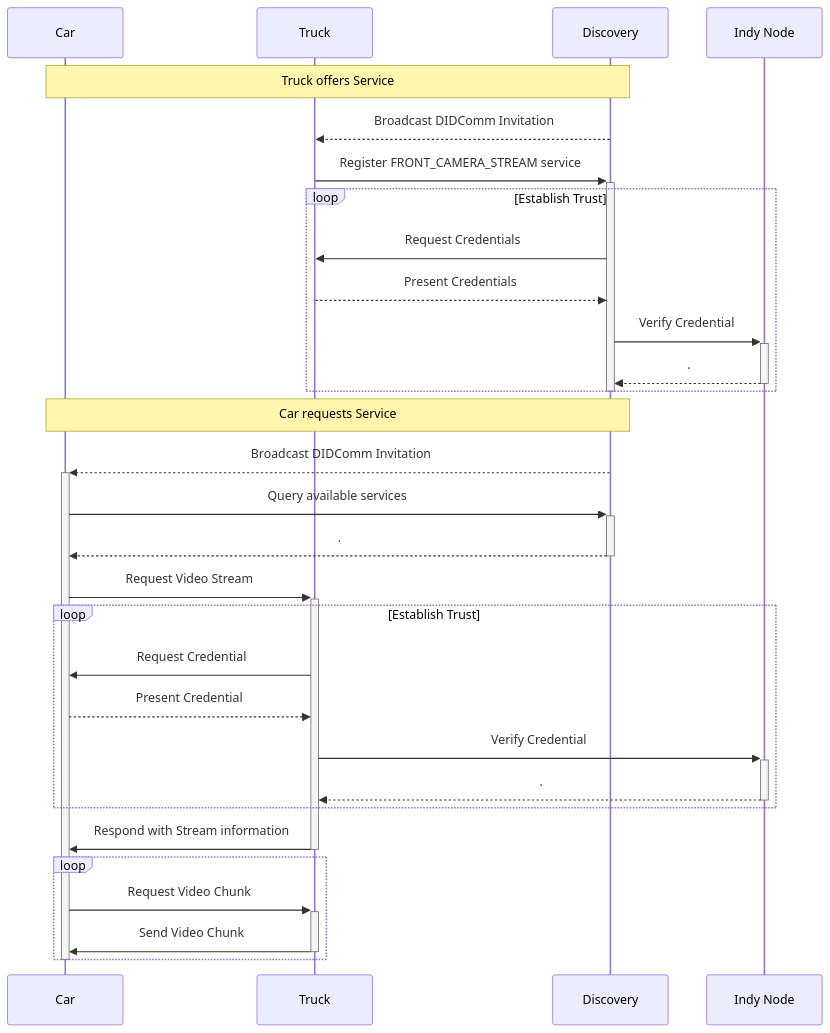
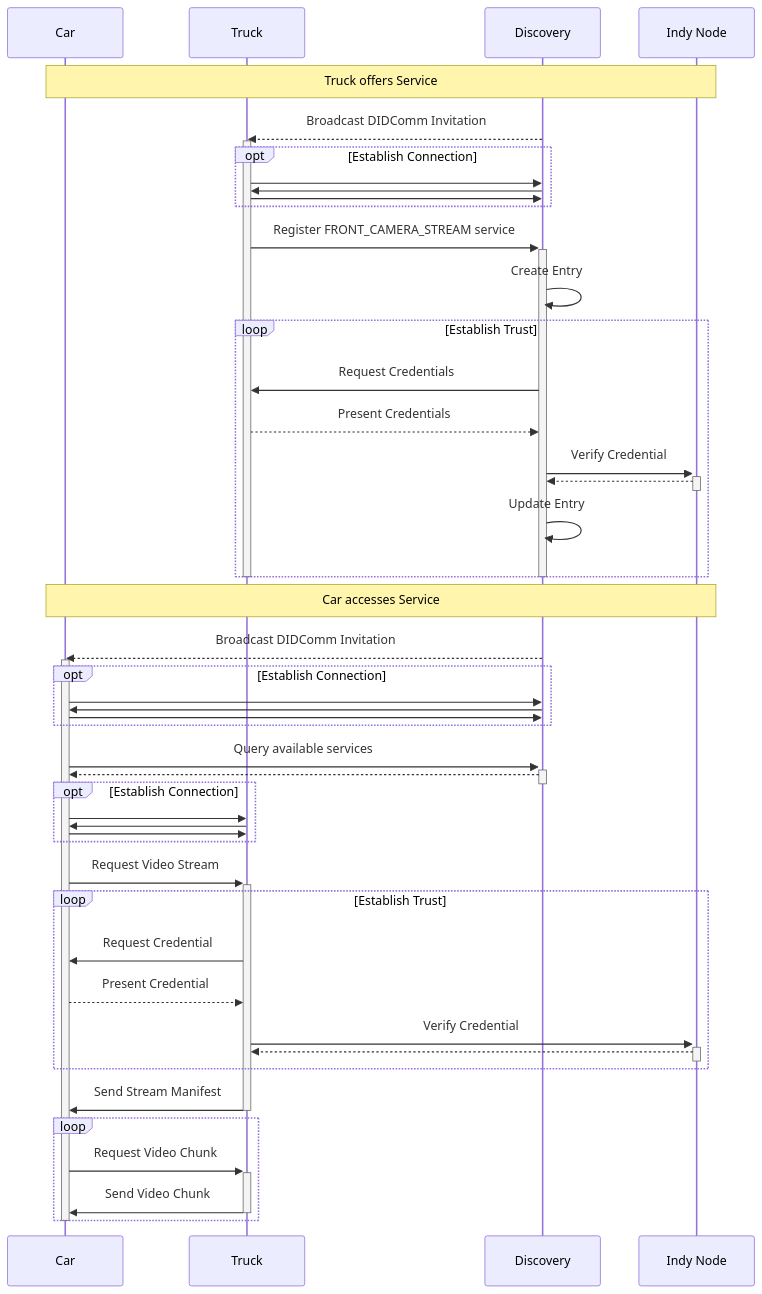
Before and after one commit to antoncuranz/didcomm-on-quic: the diagram in diagrams/Communication.mmd, drawn with Mermaid.

Commit message:
updated sequence diagram

```diff
--- a/diagrams/Communication.mmd
+++ b/diagrams/Communication.mmd
@@ -1,53 +1,67 @@
 sequenceDiagram
     participant car as Car
     participant truck as Truck
     participant discovery as Discovery
     participant indy as Indy Node
 
-    Note over car,discovery: Truck offers Service
+    Note over car,indy: Truck offers Service
 
     discovery-->>truck: Broadcast DIDComm Invitation
+    activate truck
+    opt Establish Connection
+        truck->>discovery: 
+        discovery->>truck: 
+        truck->>discovery: 
+    end
 
     truck->>+discovery: Register FRONT_CAMERA_STREAM service
+    discovery->>discovery: Create Entry
 
     loop Establish Trust
         discovery->>truck: Request Credentials
         truck-->>discovery: Present Credentials
         discovery->>+indy: Verify Credential
-        indy-->>-discovery: .
+        indy-->>-discovery: 
+        discovery->>discovery: Update Entry
     end
     deactivate discovery
+    deactivate truck
 
 
-    Note over car,discovery: Car requests Service
+    Note over car,indy: Car accesses Service
 
-    discovery-->>+car: Broadcast DIDComm Invitation
+    discovery-->>car: Broadcast DIDComm Invitation
+    activate car
+    opt Establish Connection
+        car->>discovery: 
+        discovery->>car: 
+        car->>discovery: 
+    end
 
 
     car->>+discovery: Query available services
-    discovery-->>-car: .
+    discovery-->>-car: 
 
-%%    opt Establish Connection
-%%        car->>+truck: DIDExchange Request
-%%        truck->>car: Accept Request
-%%        car->>truck: Complete Request
-%%        deactivate truck
-%%    end
+    opt Establish Connection
+        car->>truck: 
+        truck->>car: 
+        car->>truck: 
+    end
 
     car->>+truck: Request Video Stream
 
     loop Establish Trust
         truck->>car: Request Credential
         car-->>truck: Present Credential
         truck->>+indy: Verify Credential
-        indy-->>-truck: .
+        indy-->>-truck: 
     end
 
-    truck->>-car: Respond with Stream information
+    truck->>-car: Send Stream Manifest
 
     loop
         car->>+truck: Request Video Chunk
         truck->>-car: Send Video Chunk
     end
 
     deactivate car
```
